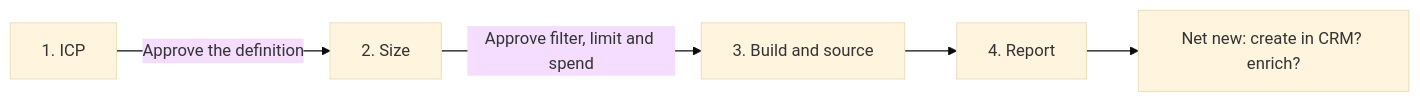
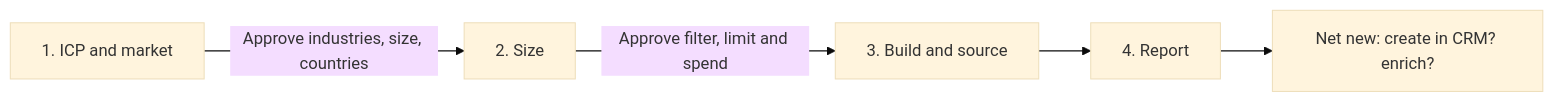
The diagram in tam-building/SKILL.md (getcargohq/gtm-skills), drawn with Mermaid (base theme) before and after one commit. The commit also changed other lines of this file and 6 other files, not shown here.

First line of the commit message:
tam-building: require industries, company size and countries before sourcing

````diff
--- a/tam-building/SKILL.md
+++ b/tam-building/SKILL.md
@@ -60,7 +60,7 @@
 ```mermaid
 flowchart LR
-  icp["1. ICP"] -->|"Approve the definition"| size["2. Size"]
+  icp["1. ICP and market"] -->|"Approve industries, size, countries"| size["2. Size"]
   size -->|"Approve filter, limit and spend"| build["3. Build and source"]
   build --> report["4. Report"]
   report --> next["Net new: create in CRM? enrich?"]
 ```
````
